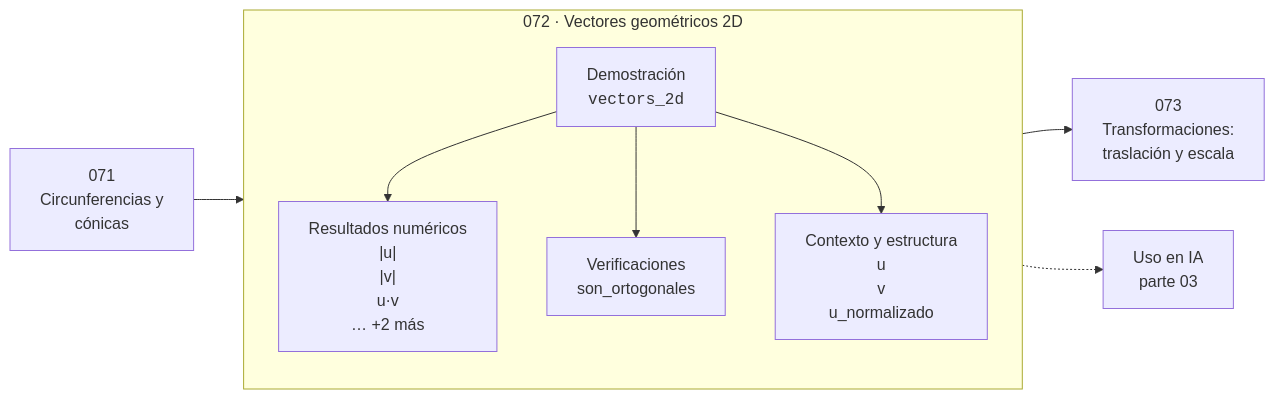
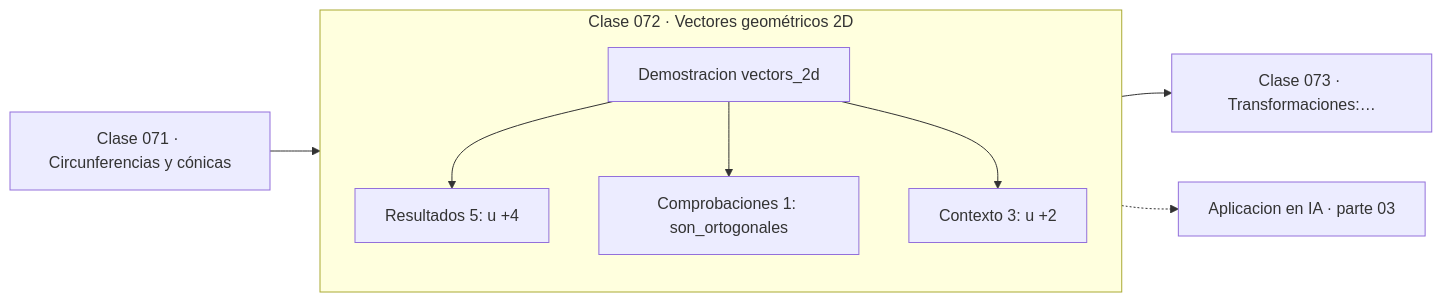
Before and after one commit to vladimiracunadev-create/computational-mathematics-program: the diagram in classes/part-03-geometria-trigonometria-y-geometria-analitica/072-vectores-geometricos-2d/README.md, drawn with Mermaid. The commit also changed 389 other files, not shown here.

First line of the commit message:
fix(diagramas): elimina el HTML de las etiquetas Mermaid

````diff
--- a/classes/part-03-geometria-trigonometria-y-geometria-analitica/072-vectores-geometricos-2d/README.md
+++ b/classes/part-03-geometria-trigonometria-y-geometria-analitica/072-vectores-geometricos-2d/README.md
@@ -36,12 +36,13 @@
 ```mermaid
 flowchart LR
-    P["071<br/>Circunferencias y<br/>cónicas"] --> C
-    subgraph C["072 · Vectores geométricos 2D"]
+    P["Clase 071 · Circunferencias y cónicas"] --> D
+    subgraph CLASE["Clase 072 · Vectores geométricos 2D"]
         direction TB
-        D["Demostración<br/><code>vectors_2d</code>"] --> R["Resultados numéricos<br/>|u|<br/>|v|<br/>u·v<br/>… +2 más"]
-        D --> V["Verificaciones<br/>son_ortogonales"]
-        D --> O["Contexto y estructura<br/>u<br/>v<br/>u_normalizado"]
+        D["Demostracion vectors_2d"]
+        D --> R["Resultados 5: u +4"]
+        D --> V["Comprobaciones 1: son_ortogonales"]
+        D --> O["Contexto 3: u +2"]
     end
-    C --> N["073<br/>Transformaciones:<br/>traslación y escala"]
-    C -.-> IA["Uso en IA<br/>parte 03"]
+    R --> N["Clase 073 · Transformaciones:…"]
+    V -.-> IA["Aplicacion en IA · parte 03"]
 ```
````
